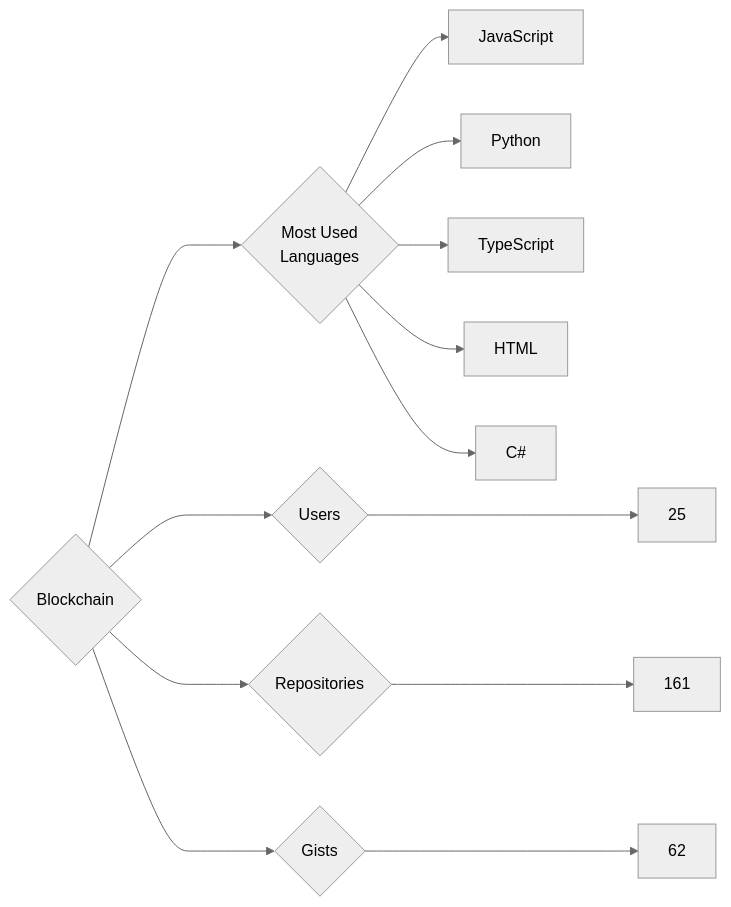
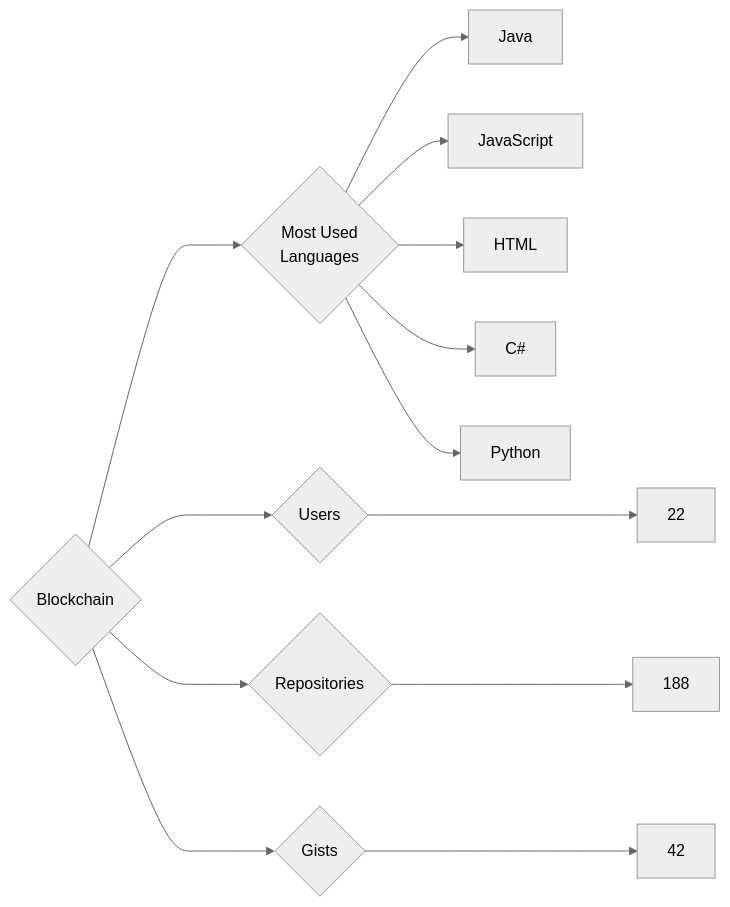
The diagram in targets/Blockchain/README.md (trickest/insiders), drawn with Mermaid (neutral theme) before and after one commit. The commit also changed 935 other files, not shown here.

````diff
--- a/targets/Blockchain/README.md
+++ b/targets/Blockchain/README.md
@@ -3,13 +3,13 @@
 ```mermaid
 graph LR
 COMPANY_NAME{Blockchain}
-COMPANY_NAME ---> U{Users} ---> UN[25]
-COMPANY_NAME ---> R{Repositories} ---> RN[161]
-COMPANY_NAME ---> G{Gists} ---> GN[62]
+COMPANY_NAME ---> U{Users} ---> UN[22]
+COMPANY_NAME ---> R{Repositories} ---> RN[188]
+COMPANY_NAME ---> G{Gists} ---> GN[42]
 COMPANY_NAME ---> ML{Most Used<br>Languages}
+ML --> Java[Java]
 ML --> JavaScript[JavaScript]
-ML --> Python[Python]
-ML --> TypeScript[TypeScript]
 ML --> HTML[HTML]
 ML --> C#[C#]
+ML --> Python[Python]
 ```
````
